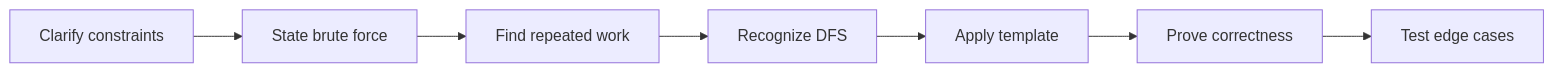
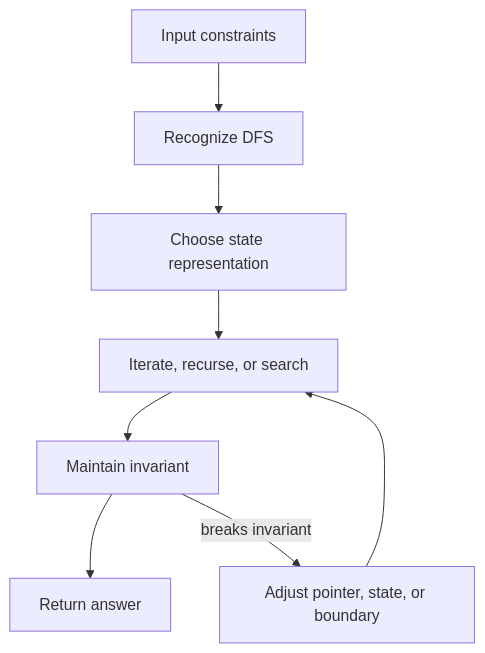
The second of 2 diagrams in coding-round/patterns/dfs/index.md (abstractinterviews/abstractinterviews.github.io), drawn with Mermaid before and after one commit. The commit also changed other lines of this file and 278 other files, not shown here.

````diff
--- a/coding-round/patterns/dfs/index.md
+++ b/coding-round/patterns/dfs/index.md
@@ -123,9 +121,10 @@
-~~~mermaid
-flowchart LR
-    A["Clarify constraints"] --> B["State brute force"]
-    B --> C["Find repeated work"]
-    C --> D["Recognize DFS"]
-    D --> E["Apply template"]
-    E --> F["Prove correctness"]
-    F --> G["Test edge cases"]
-~~~
+```mermaid
+flowchart TD
+    Input["Input constraints"] --> Pattern["Recognize DFS"]
+    Pattern --> State["Choose state representation"]
+    State --> Iterate["Iterate, recurse, or search"]
+    Iterate --> Check["Maintain invariant"]
+    Check --> Result["Return answer"]
+    Check -->|breaks invariant| Fix["Adjust pointer, state, or boundary"]
+    Fix --> Iterate
+```
````
